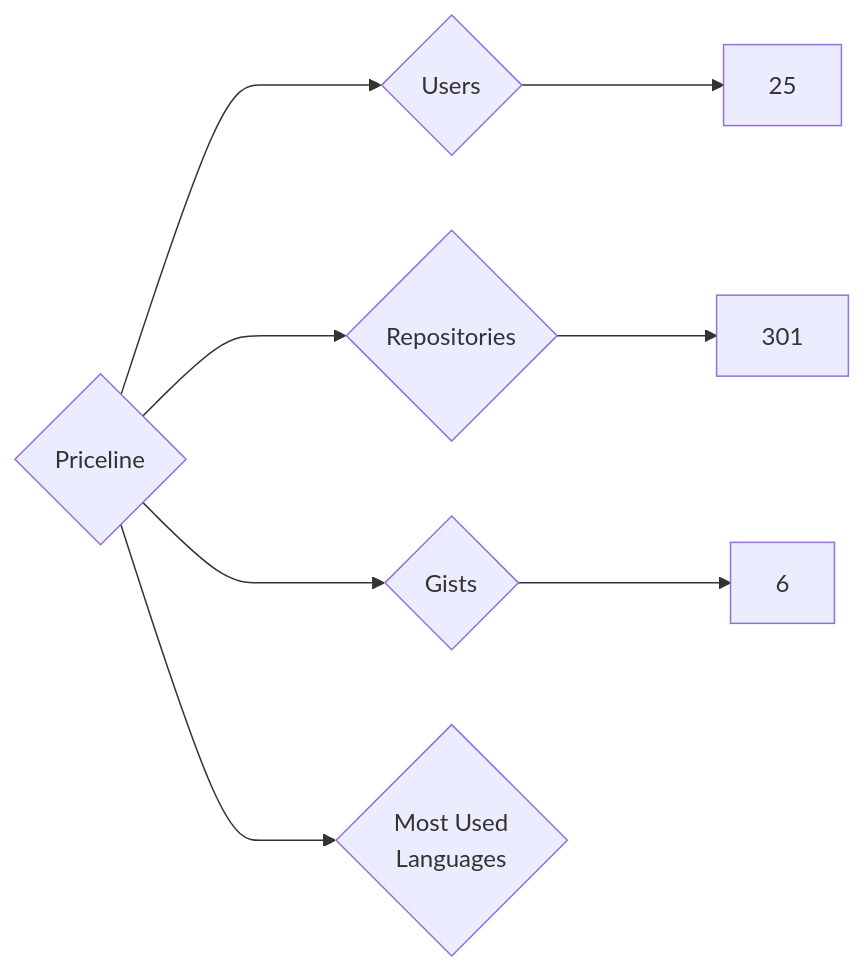
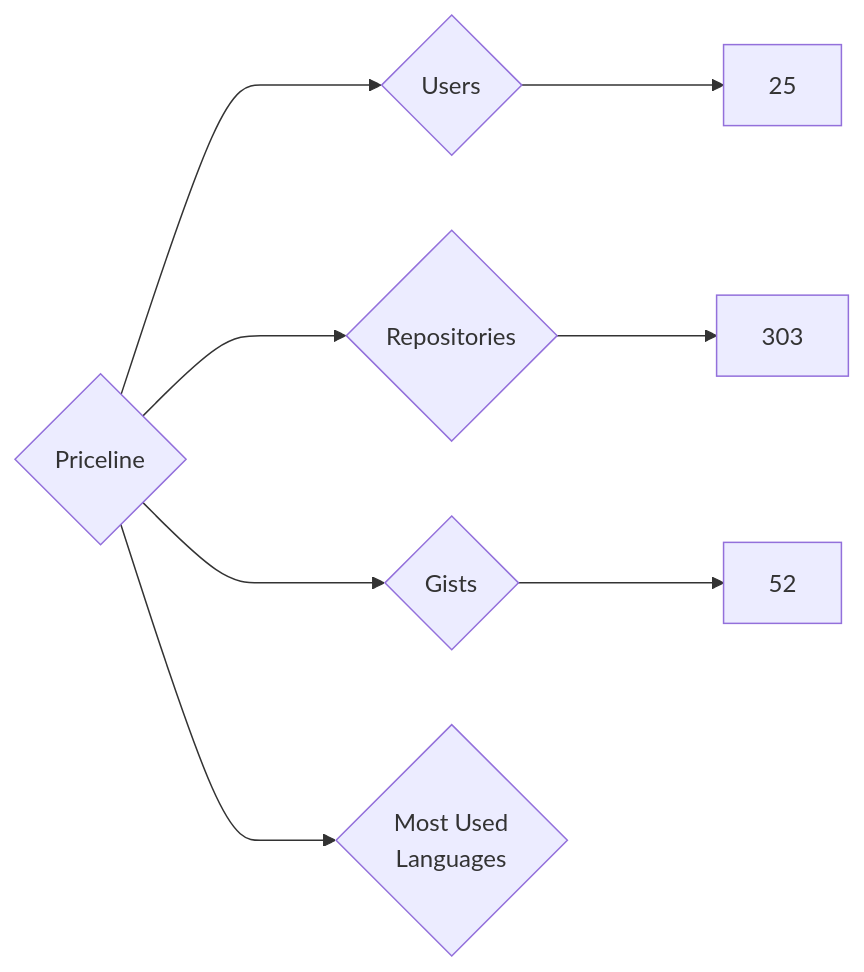
Before and after one commit to nenadzaric/insiders: the diagram in targets/Priceline/README.md, drawn with Mermaid. The commit also changed 1342 other files, not shown here.

````diff
--- a/targets/Priceline/README.md
+++ b/targets/Priceline/README.md
@@ -3,8 +3,8 @@
 ```mermaid
 graph LR
 COMPANY_NAME{Priceline}
 COMPANY_NAME ---> U{Users} ---> UN[25]
-COMPANY_NAME ---> R{Repositories} ---> RN[301]
-COMPANY_NAME ---> G{Gists} ---> GN[6]
+COMPANY_NAME ---> R{Repositories} ---> RN[303]
+COMPANY_NAME ---> G{Gists} ---> GN[52]
 COMPANY_NAME ---> ML{Most Used<br>Languages}
 ```
````
